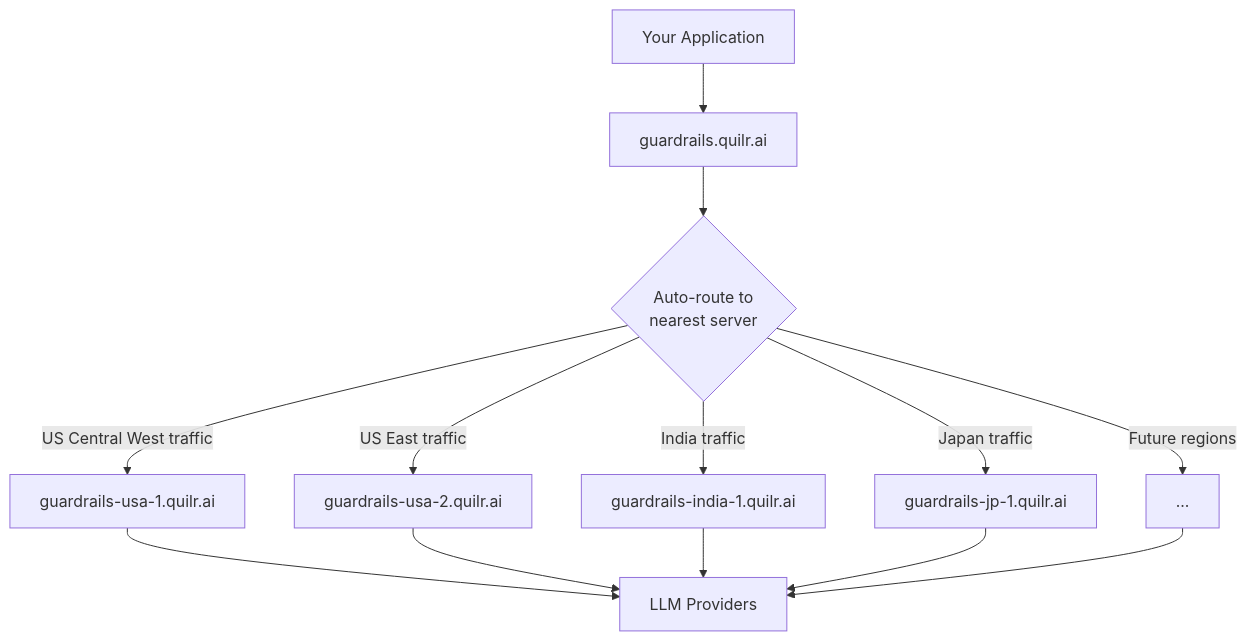
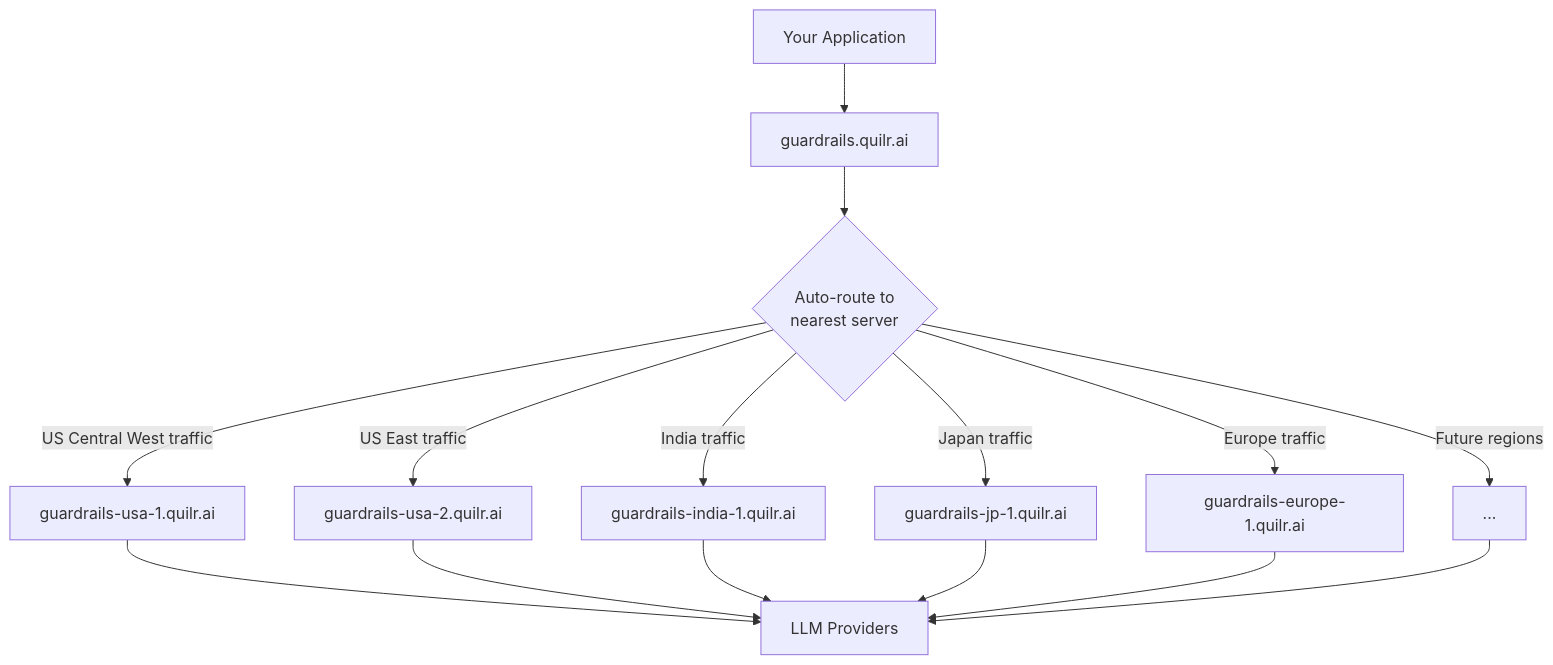
The diagram in docs/llm-gateway/ha-and-sla.md (quilrai/docs), drawn with Mermaid before and after one commit. The commit also changed other lines of this file and 4 other files, not shown here.

````diff
--- a/docs/llm-gateway/ha-and-sla.md
+++ b/docs/llm-gateway/ha-and-sla.md
@@ -35,15 +36,17 @@
 ```mermaid
 flowchart TD
     A["Your Application"] --> B["guardrails.quilr.ai"]
     B --> C{"Auto-route to<br/>nearest server"}
     C -->|"US Central West traffic"| D["guardrails-usa-1.quilr.ai"]
     C -->|"US East traffic"| E["guardrails-usa-2.quilr.ai"]
     C -->|"India traffic"| F["guardrails-india-1.quilr.ai"]
     C -->|"Japan traffic"| I["guardrails-jp-1.quilr.ai"]
+    C -->|"Europe traffic"| J["guardrails-europe-1.quilr.ai"]
     C -->|"Future regions"| H["..."]
     D --> G["LLM Providers"]
     E --> G
     F --> G
     I --> G
+    J --> G
     H --> G
 ```
````
